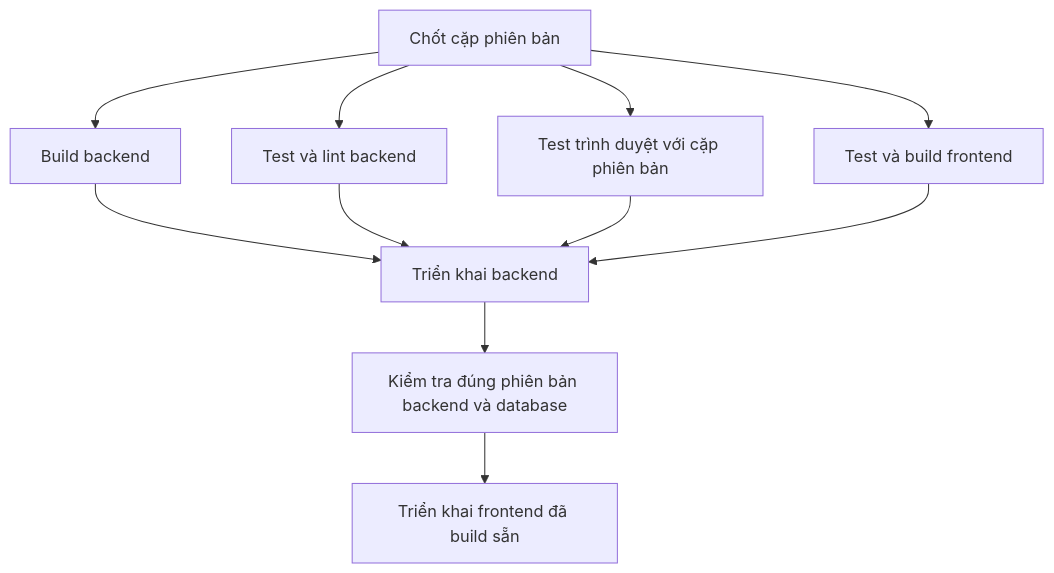
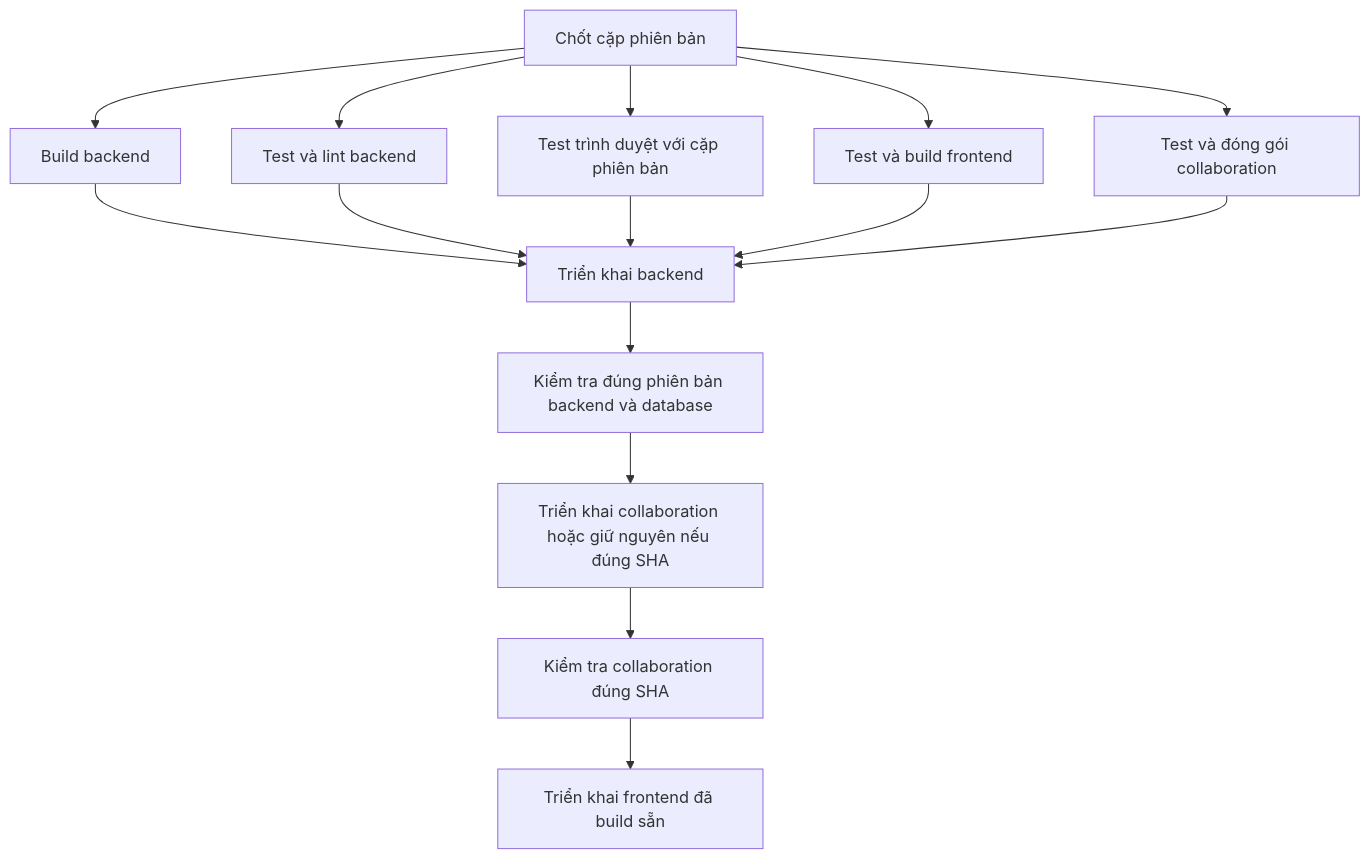
The diagram in deploy/README.md (thienbd203/pathnote), drawn with Mermaid before and after one commit. The commit also changed other lines of this file and 12 other files, not shown here.

````diff
--- a/deploy/README.md
+++ b/deploy/README.md
@@ -264,13 +267,17 @@
 ```mermaid
 flowchart TD
     Pair[Chốt cặp phiên bản] --> Web[Test và build frontend]
+    Pair --> Collab[Test và đóng gói collaboration]
     Pair --> Check[Test và lint backend]
     Pair --> Rust
     Pair --> Browser[Test trình duyệt với cặp phiên bản]
     Rust[Build backend] --> DeployRust[Triển khai backend]
     Check --> DeployRust
     Browser --> DeployRust
     Web --> DeployRust[Triển khai backend]
+    Collab --> DeployRust
     DeployRust --> Health[Kiểm tra đúng phiên bản backend và database]
-    Health --> DeployWeb[Triển khai frontend đã build sẵn]
+    Health --> DeployCollab[Triển khai collaboration hoặc giữ nguyên nếu đúng SHA]
+    DeployCollab --> CollabHealth[Kiểm tra collaboration đúng SHA]
+    CollabHealth --> DeployWeb[Triển khai frontend đã build sẵn]
 ```
````
